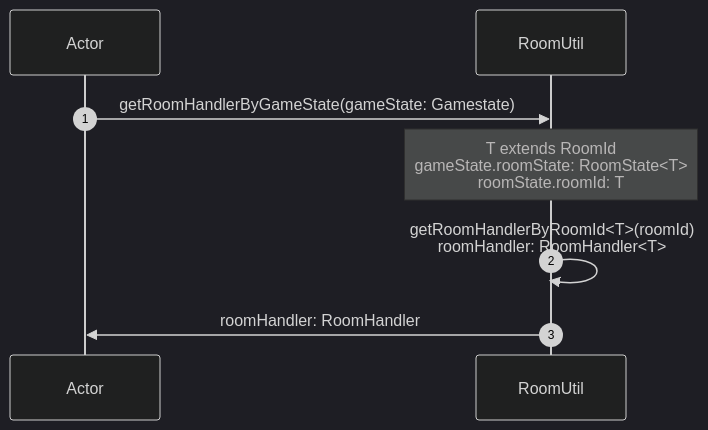
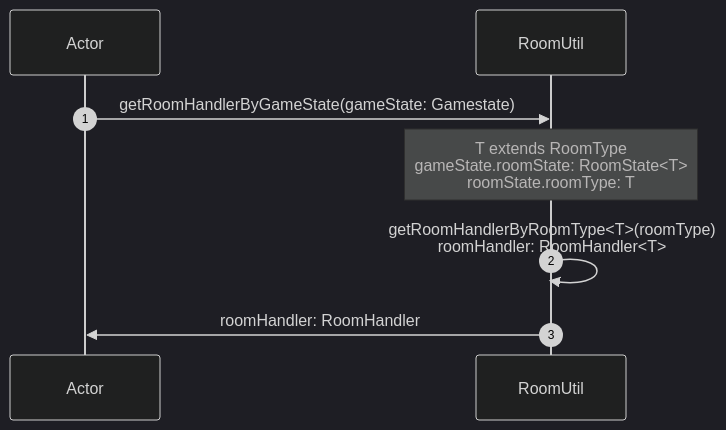
Before and after one commit to normal-devs/klicker-knight: the second of 4 diagrams in docs/architecture/roomUtil.md, drawn with Mermaid (dark theme). The commit also changed other lines of this file and 8 other files, not shown here.

First line of the commit message:
Replace roomId with roomType

````diff
--- a/docs/architecture/roomUtil.md
+++ b/docs/architecture/roomUtil.md
@@ -26,12 +26,12 @@
 ```mermaid
 sequenceDiagram
   autonumber
 
   participant A as Actor
   participant RU as RoomUtil
 
   A ->> RU: getRoomHandlerByGameState(gameState: Gamestate)
-  note over RU: T extends RoomId <br> gameState.roomState: RoomState<T> <br> roomState.roomId: T
-  RU ->> RU: getRoomHandlerByRoomId<T>(roomId) <br> roomHandler: RoomHandler<T>
+  note over RU: T extends RoomType <br> gameState.roomState: RoomState<T> <br> roomState.roomType: T
+  RU ->> RU: getRoomHandlerByRoomType<T>(roomType) <br> roomHandler: RoomHandler<T>
   RU ->> A: roomHandler: RoomHandler
 ```
````
